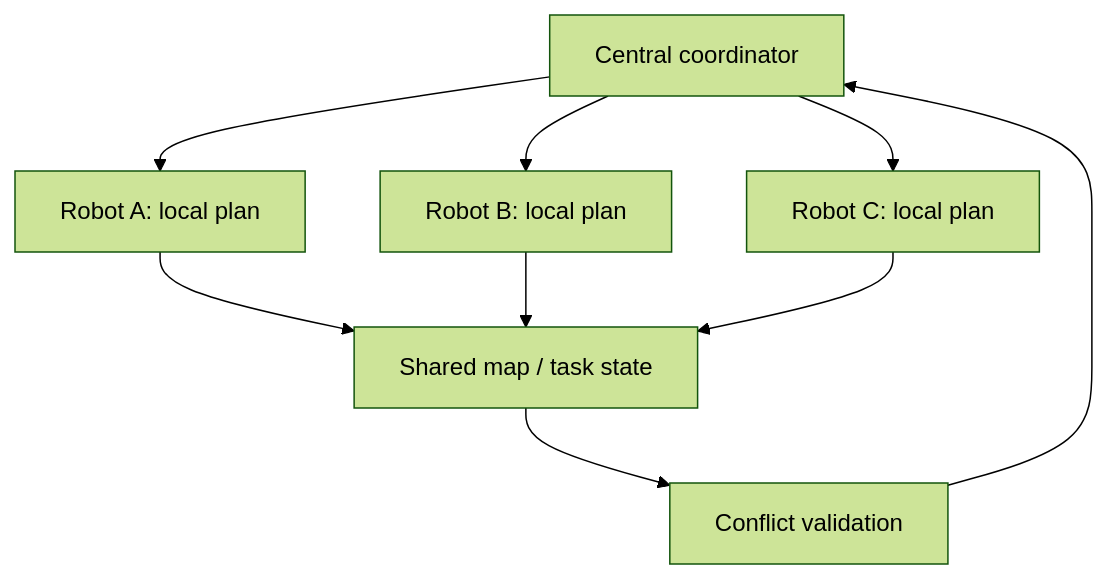
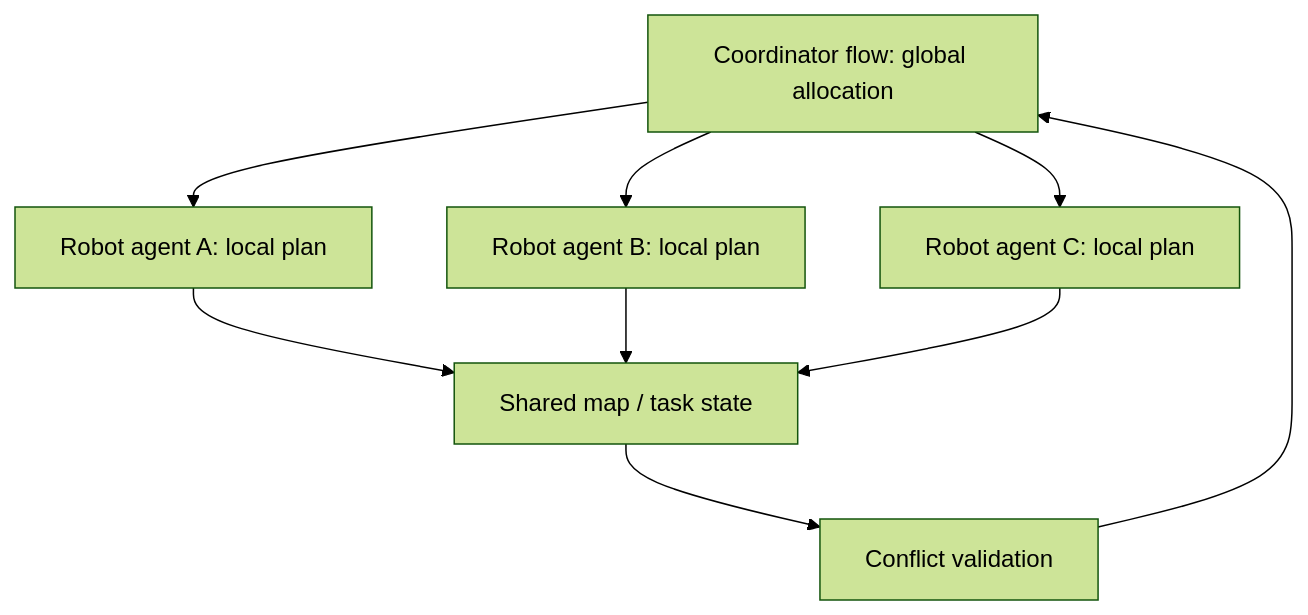
The tenth of 12 diagrams in book/chapters/chapter-03-multi-agent-systems-and-collaboration.md (naren-allam/agents-beginners), drawn with Mermaid (forest theme) before and after one commit. The commit also changed other lines of this file and 28 other files, not shown here.

````diff
--- a/book/chapters/chapter-03-multi-agent-systems-and-collaboration.md
+++ b/book/chapters/chapter-03-multi-agent-systems-and-collaboration.md
@@ -336,18 +350,18 @@
 ```mermaid
 flowchart TD
-    Coordinator["Central coordinator"]
-    RobotA["Robot A: local plan"]
-    RobotB["Robot B: local plan"]
-    RobotC["Robot C: local plan"]
+    Coordinator["Coordinator flow: global allocation"]
+    RobotA["Robot agent A: local plan"]
+    RobotB["Robot agent B: local plan"]
+    RobotC["Robot agent C: local plan"]
     SharedMap["Shared map / task state"]
     Validation["Conflict validation"]
 
     Coordinator --> RobotA
     Coordinator --> RobotB
     Coordinator --> RobotC
     RobotA --> SharedMap
     RobotB --> SharedMap
     RobotC --> SharedMap
     SharedMap --> Validation
     Validation --> Coordinator
 ```
````
